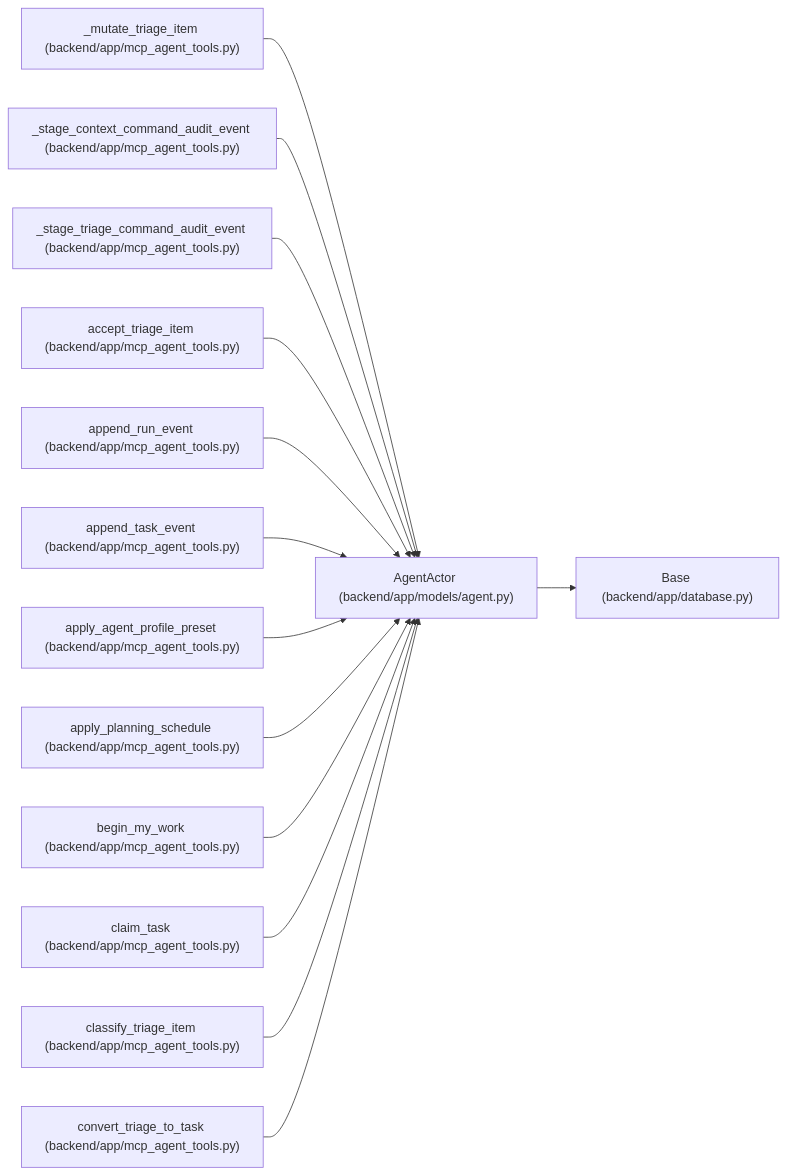
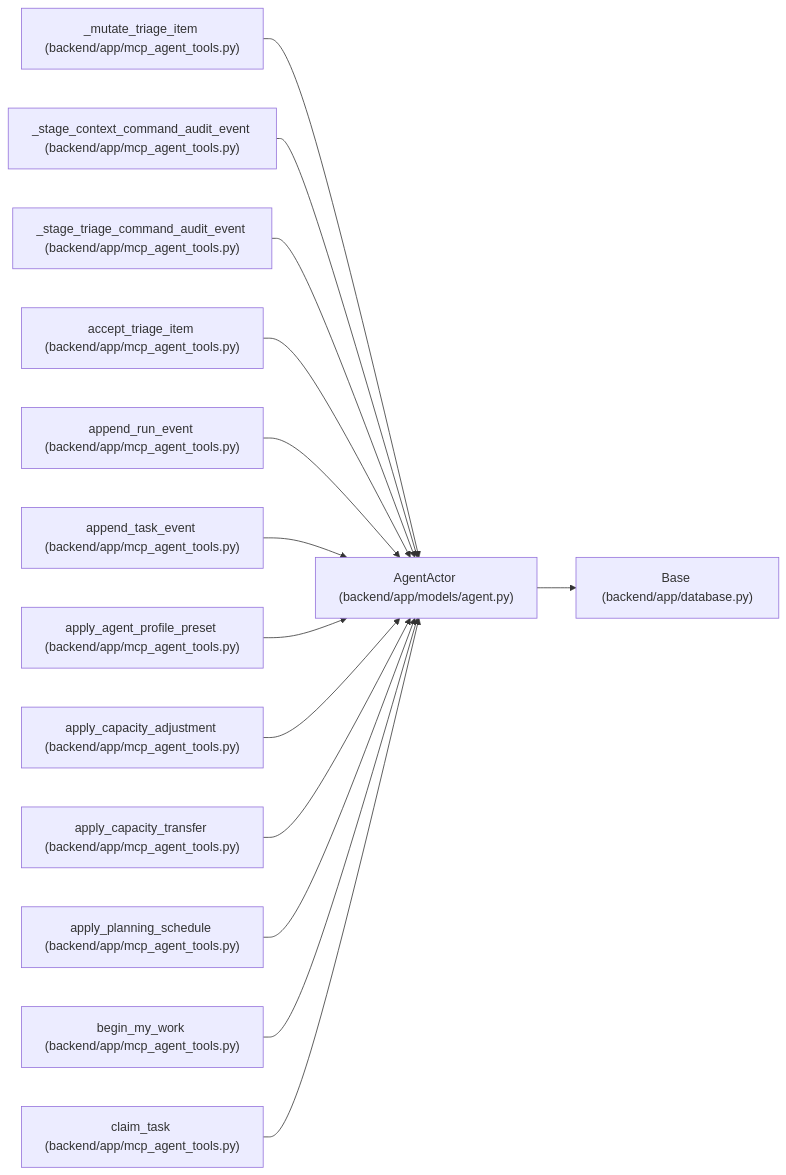
The diagram in docs/llm_wiki/entities/models_agent_AgentActor.md (Denissvgn/WorkChord), drawn with Mermaid before and after one commit. The commit also changed other lines of this file and 1817 other files, not shown here.

First line of the commit message:
Refresh the architectural wiki for the 1.9.0 changes

````diff
--- a/docs/llm_wiki/entities/models_agent_AgentActor.md
+++ b/docs/llm_wiki/entities/models_agent_AgentActor.md
@@ -47,44 +47,44 @@
 ```mermaid
 flowchart LR
     n0["AgentActor (backend/app/models/agent.py)"]
     n1["Base (backend/app/database.py)"]
     n2["_mutate_triage_item (backend/app/mcp_agent_tools.py)"]
     n3["_stage_context_command_audit_event (backend/app/mcp_agent_tools.py)"]
     n4["_stage_triage_command_audit_event (backend/app/mcp_agent_tools.py)"]
     n5["accept_triage_item (backend/app/mcp_agent_tools.py)"]
     n6["append_run_event (backend/app/mcp_agent_tools.py)"]
     n7["append_task_event (backend/app/mcp_agent_tools.py)"]
     n8["apply_agent_profile_preset (backend/app/mcp_agent_tools.py)"]
-    n9["apply_planning_schedule (backend/app/mcp_agent_tools.py)"]
-    n10["begin_my_work (backend/app/mcp_agent_tools.py)"]
-    n11["claim_task (backend/app/mcp_agent_tools.py)"]
-    n12["classify_triage_item (backend/app/mcp_agent_tools.py)"]
-    n13["convert_triage_to_task (backend/app/mcp_agent_tools.py)"]
+    n9["apply_capacity_adjustment (backend/app/mcp_agent_tools.py)"]
+    n10["apply_capacity_transfer (backend/app/mcp_agent_tools.py)"]
+    n11["apply_planning_schedule (backend/app/mcp_agent_tools.py)"]
+    n12["begin_my_work (backend/app/mcp_agent_tools.py)"]
+    n13["claim_task (backend/app/mcp_agent_tools.py)"]
     n0 --> n1
     n2 --> n0
     n3 --> n0
     n4 --> n0
     n5 --> n0
     n6 --> n0
     n7 --> n0
     n8 --> n0
     n9 --> n0
     n10 --> n0
     n11 --> n0
     n12 --> n0
     n13 --> n0
     click n0 "../modules/models_agent.md"
     click n1 "../modules/app_database.md"
     click n2 "../modules/mcp_agent_tools.md"
     click n3 "../modules/mcp_agent_tools.md"
     click n4 "../modules/mcp_agent_tools.md"
     click n5 "../modules/mcp_agent_tools.md"
     click n6 "../modules/mcp_agent_tools.md"
     click n7 "../modules/mcp_agent_tools.md"
     click n8 "../modules/mcp_agent_tools.md"
     click n9 "../modules/mcp_agent_tools.md"
     click n10 "../modules/mcp_agent_tools.md"
     click n11 "../modules/mcp_agent_tools.md"
     click n12 "../modules/mcp_agent_tools.md"
     click n13 "../modules/mcp_agent_tools.md"
 ```
````
